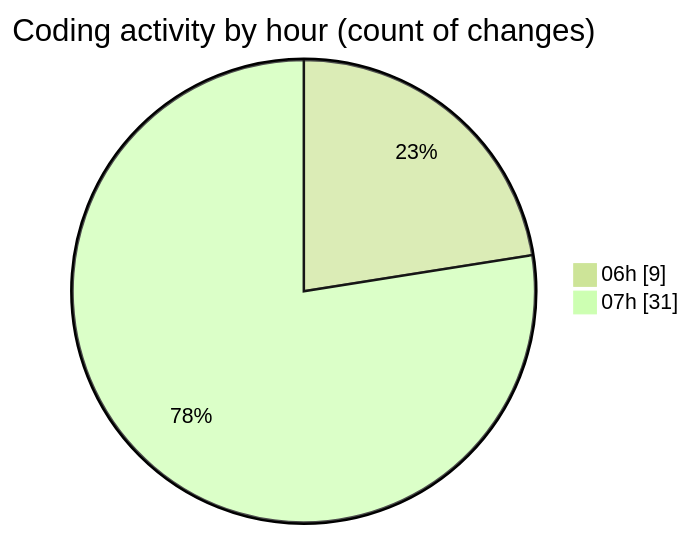
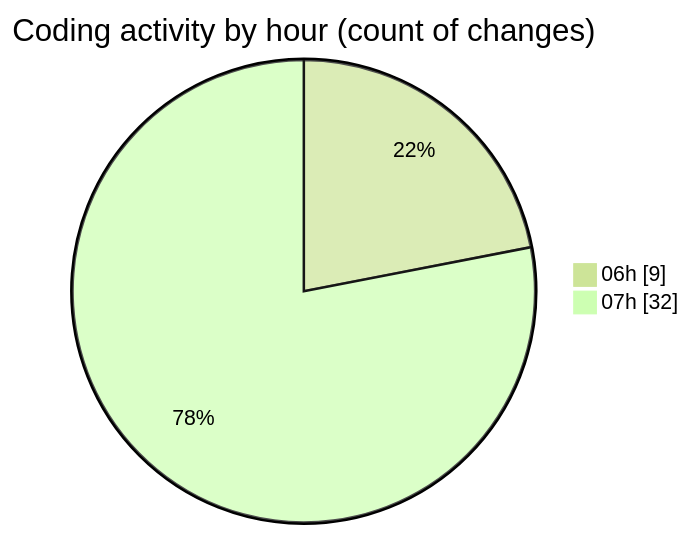
One commit to robertbonfada/code-tracking changed the second of 2 diagrams in 2025-02-18/mbc-web/README.md. Above: the diagram before and after it, drawn with Mermaid (forest theme). The commit also changed other lines of this file and 1 other file, not shown here.

````diff
--- a/2025-02-18/mbc-web/README.md
+++ b/2025-02-18/mbc-web/README.md
@@ -43,6 +44,6 @@
 ```mermaid
 pie showData
 title Coding activity by hour (count of changes)
 "06h" : 9
-"07h" : 31
+"07h" : 32
 ```
````
